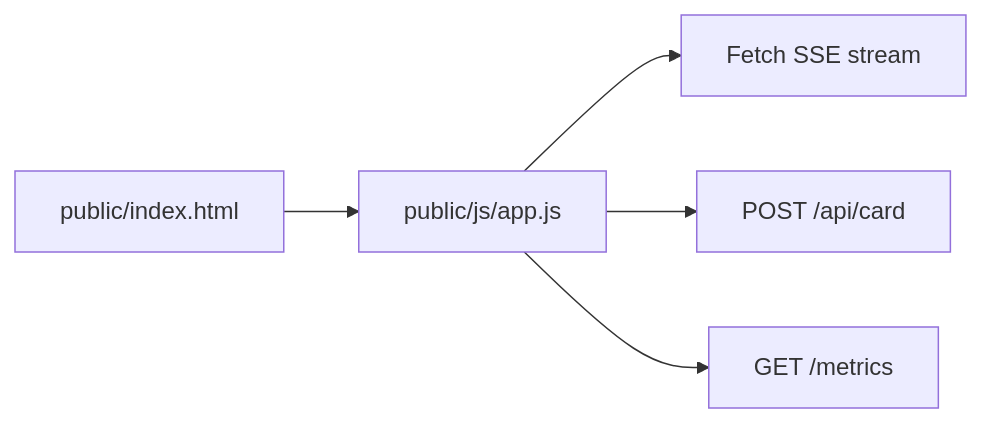
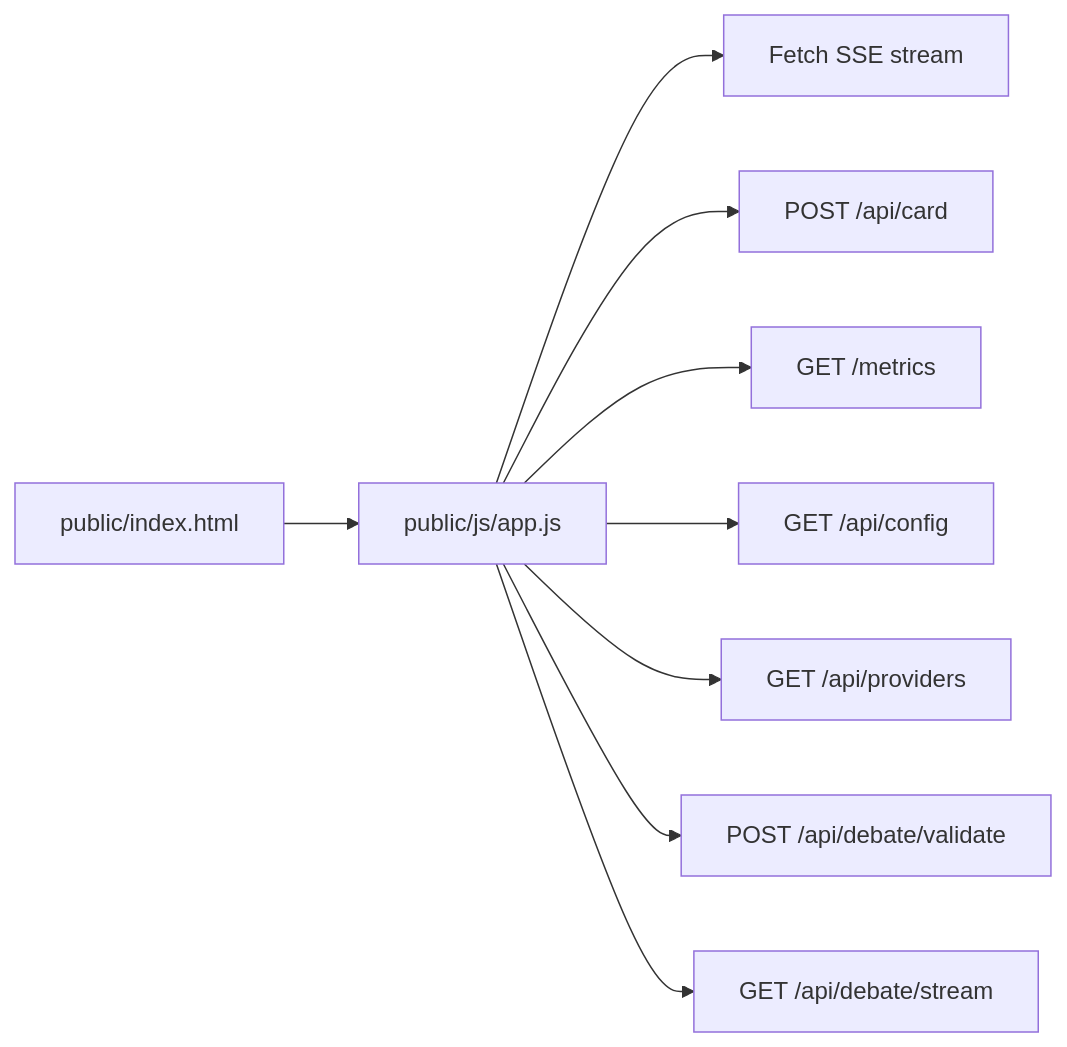
One commit to RunTimeAdmin/tri-ai changed the eighth of 11 diagrams in .qoder/repowiki/en/content/System Architecture/System Architecture.md. Above: the diagram before and after it, drawn with Mermaid. The commit also changed other lines of this file and 21 other files, not shown here.

````diff
--- a/.qoder/repowiki/en/content/System Architecture/System Architecture.md
+++ b/.qoder/repowiki/en/content/System Architecture/System Architecture.md
@@ -282,7 +323,11 @@
 ```mermaid
 graph LR
 FE_Index["public/index.html"] --> FE_App["public/js/app.js"]
 FE_App --> SSE_Connect["Fetch SSE stream"]
 FE_App --> CardGen["POST /api/card"]
 FE_App --> Metrics["GET /metrics"]
+FE_App --> Config["GET /api/config"]
+FE_App --> Providers["GET /api/providers"]
+FE_App --> Validate["POST /api/debate/validate"]
+FE_App --> Stream["GET /api/debate/stream"]
 ```
````
